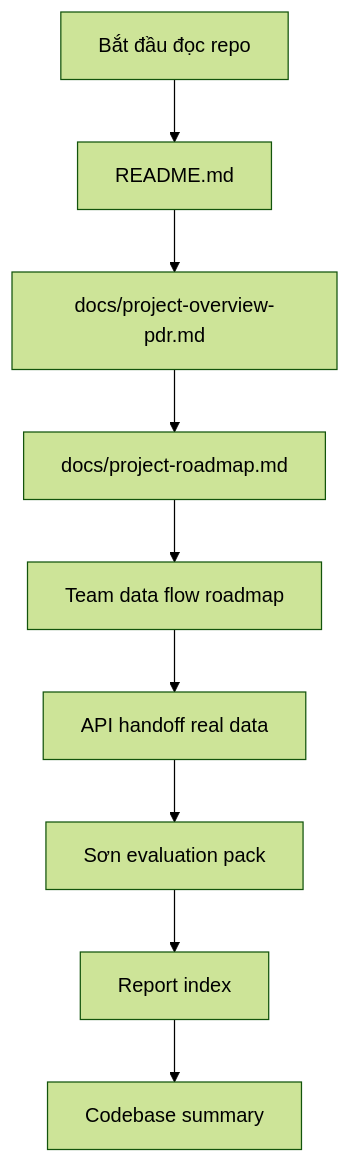
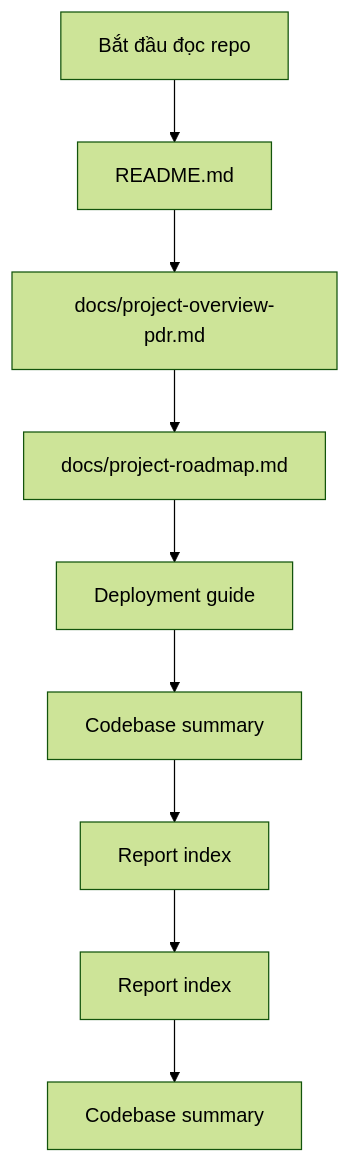
Before and after one commit to uit-25730067-chithanh/AI002-Team22-DT10: the first of 2 diagrams in docs/README.md, drawn with Mermaid (forest theme). The commit also changed other lines of this file and 21 other files, not shown here.

````diff
--- a/docs/README.md
+++ b/docs/README.md
@@ -31,11 +28,11 @@
 ```mermaid
 flowchart TD
     A[Bắt đầu đọc repo] --> B[README.md]
     B --> C[docs/project-overview-pdr.md]
     C --> D[docs/project-roadmap.md]
-    D --> E[Team data flow roadmap]
-    E --> F[API handoff real data]
-    F --> G[Sơn evaluation pack]
+    D --> E[Deployment guide]
+    E --> F[Codebase summary]
+    F --> G[Report index]
     G --> H[Report index]
     H --> I[Codebase summary]
 ```
````
